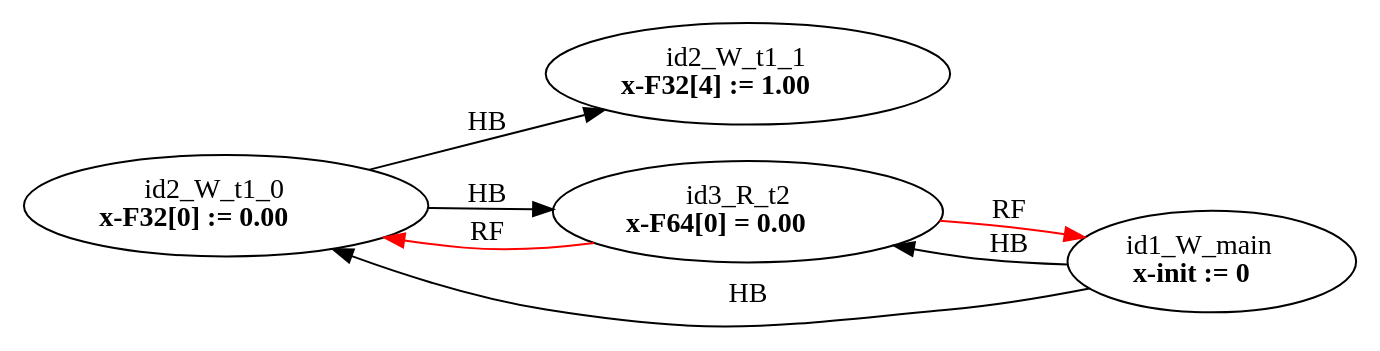
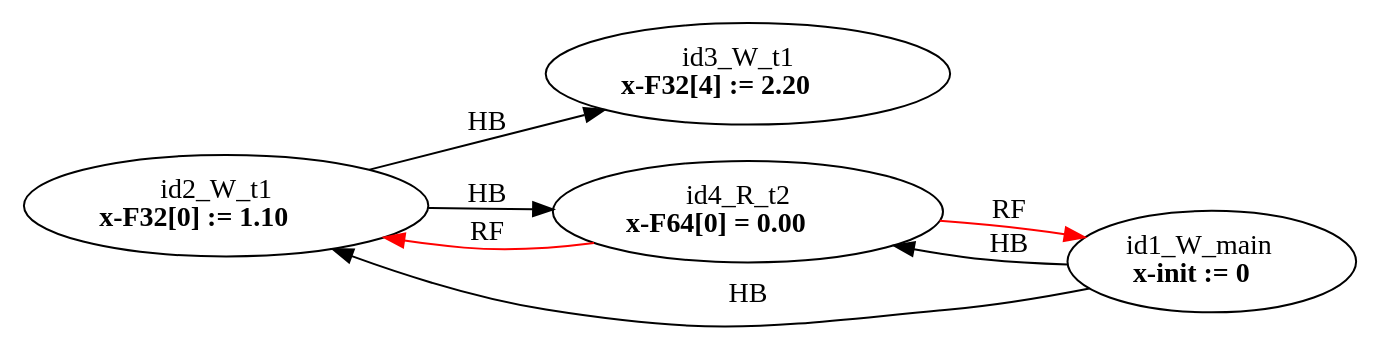
Before and after one commit to FMJS/EMME: the diagram in examples/single_var/sv_simple10/mm2.dot, drawn with Graphviz. The commit also changed 115 other files, not shown here.

```diff
--- a/examples/single_var/sv_simple10/mm2.dot
+++ b/examples/single_var/sv_simple10/mm2.dot
@@ -1,14 +1,14 @@
 digraph memory_model {
 rankdir=LR;
 splines=true; esep=0.5;
-id2_W_t1_0 -> id2_W_t1_1 [label = "HB", color="black"];
-id1_W_main -> id2_W_t1_0 [label = "HB", color="black"];
-id1_W_main -> id3_R_t2 [label = "HB", color="black"];
-id2_W_t1_0 -> id3_R_t2 [label = "HB", color="black"];
-id3_R_t2 -> id1_W_main [label = "RF", color="red"];
-id3_R_t2 -> id2_W_t1_0 [label = "RF", color="red"];
+id2_W_t1 -> id3_W_t1 [label = "HB", color="black"];
+id1_W_main -> id2_W_t1 [label = "HB", color="black"];
+id1_W_main -> id4_R_t2 [label = "HB", color="black"];
+id2_W_t1 -> id4_R_t2 [label = "HB", color="black"];
+id4_R_t2 -> id1_W_main [label = "RF", color="red"];
+id4_R_t2 -> id2_W_t1 [label = "RF", color="red"];
 id1_W_main [label=<id1_W_main<br/><B>x-init := 0</B>>, pos="2.5,4!"]
-id2_W_t1_0 [label=<id2_W_t1_0<br/><B>x-F32[0] := 0.00</B>>, pos="0,2!"]
-id2_W_t1_1 [label=<id2_W_t1_1<br/><B>x-F32[4] := 1.00</B>>, pos="0,0!"]
-id3_R_t2 [label=<id3_R_t2<br/><B>x-F64[0] = 0.00</B>>, pos="5,2!"]
+id2_W_t1 [label=<id2_W_t1<br/><B>x-F32[0] := 1.10</B>>, pos="0,2!"]
+id3_W_t1 [label=<id3_W_t1<br/><B>x-F32[4] := 2.20</B>>, pos="0,0!"]
+id4_R_t2 [label=<id4_R_t2<br/><B>x-F64[0] = 0.00</B>>, pos="5,2!"]
 }
```
